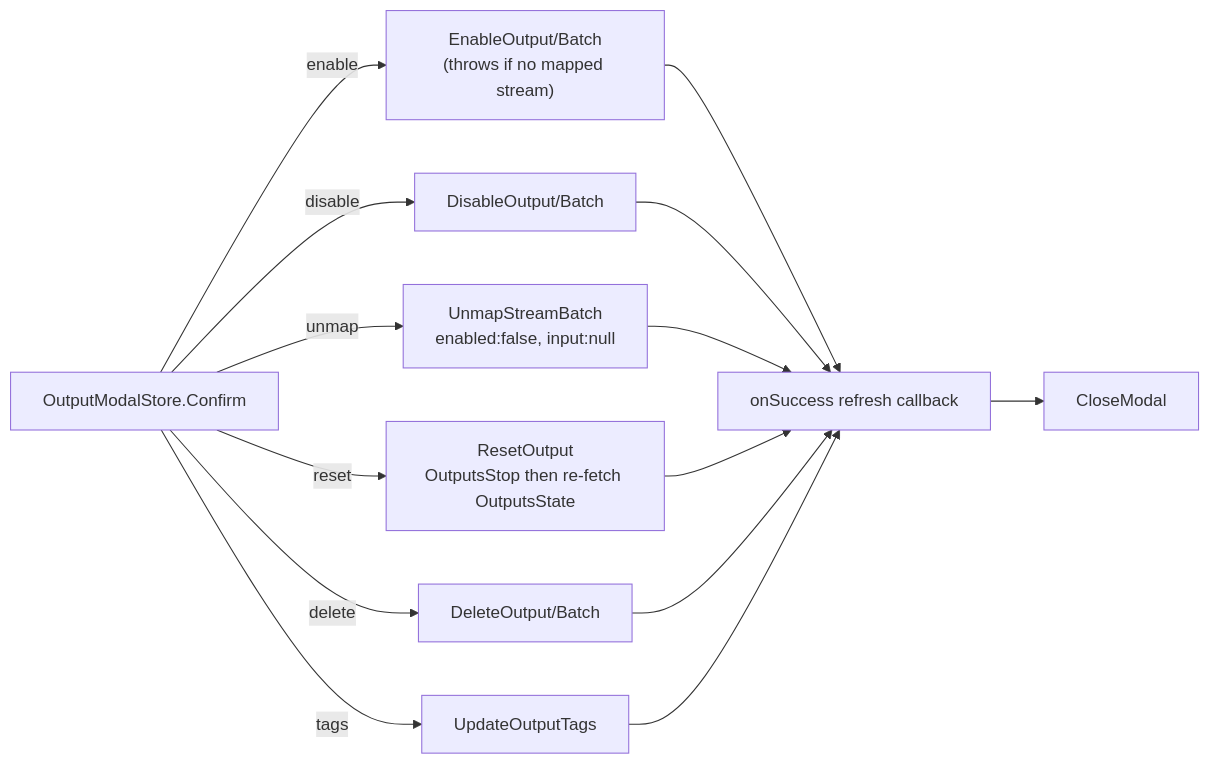
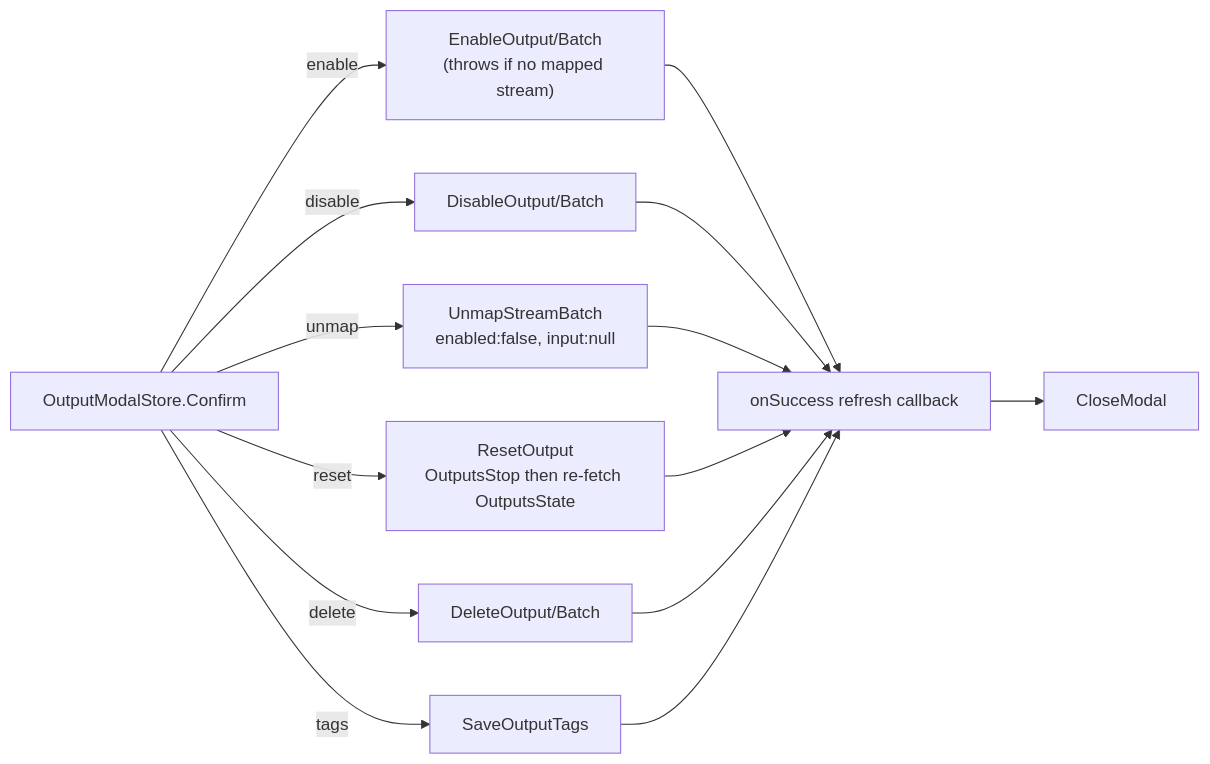
Before and after one commit to eluv-io/elv-live-stream: the fourth of 5 diagrams in docs/diagrams/output-lifecycle.md, drawn with Mermaid. The commit also changed other lines of this file and 118 other files, not shown here.

````diff
--- a/docs/diagrams/output-lifecycle.md
+++ b/docs/diagrams/output-lifecycle.md
@@ -62,15 +62,15 @@
 ```mermaid
 flowchart LR
     Confirm[OutputModalStore.Confirm] -->|enable| EnableOutput["EnableOutput/Batch<br/>(throws if no mapped stream)"]
     Confirm -->|disable| DisableOutput[DisableOutput/Batch]
     Confirm -->|unmap| UnmapStream["UnmapStreamBatch<br/>enabled:false, input:null"]
     Confirm -->|reset| ResetOutput["ResetOutput<br/>OutputsStop then re-fetch OutputsState"]
     Confirm -->|delete| DeleteOutput[DeleteOutput/Batch]
-    Confirm -->|tags| UpdateTags[UpdateOutputTags]
+    Confirm -->|tags| UpdateTags[SaveOutputTags]
     EnableOutput --> OnSuccess[onSuccess refresh callback] --> Close[CloseModal]
     DisableOutput --> OnSuccess
     UnmapStream --> OnSuccess
     ResetOutput --> OnSuccess
     DeleteOutput --> OnSuccess
     UpdateTags --> OnSuccess
 ```
````
